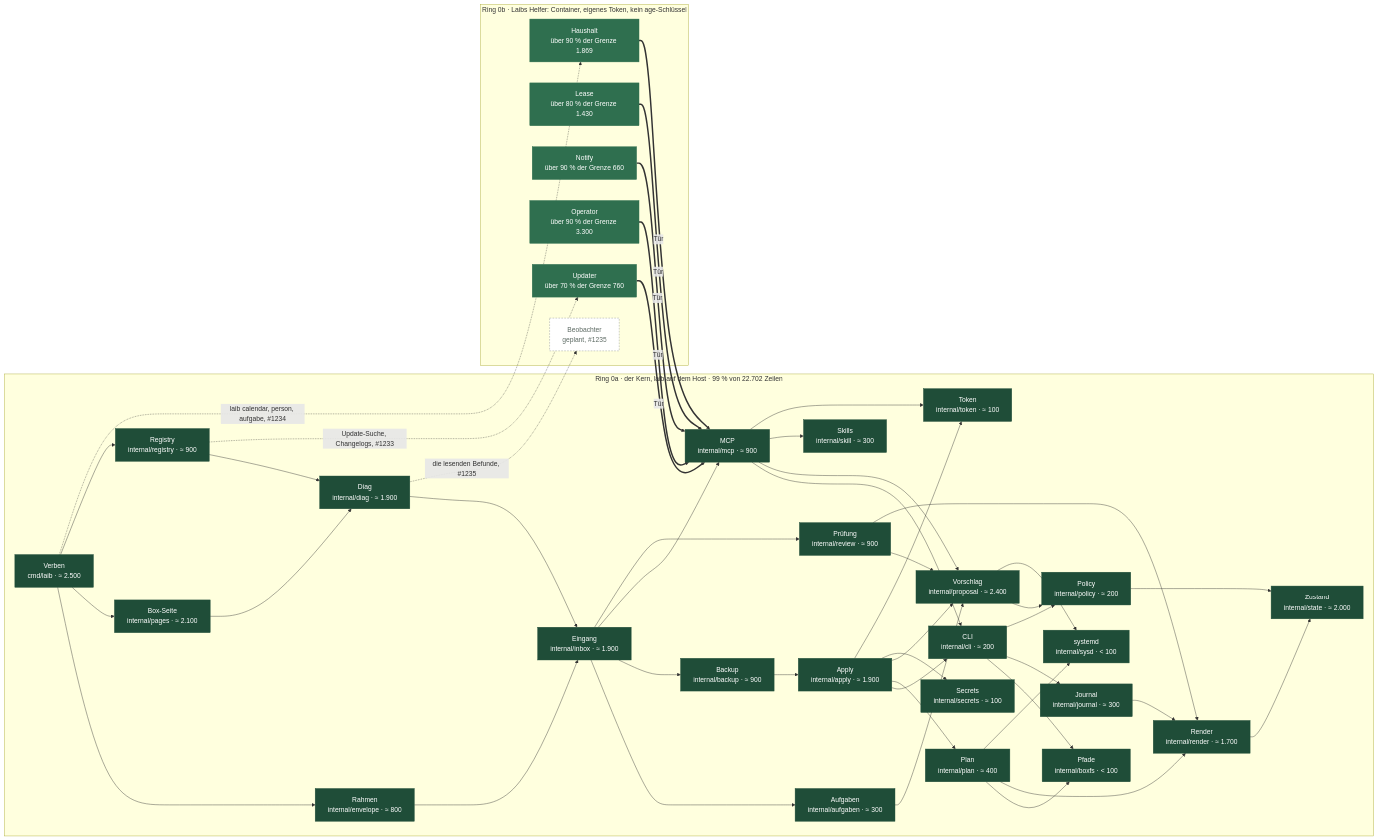
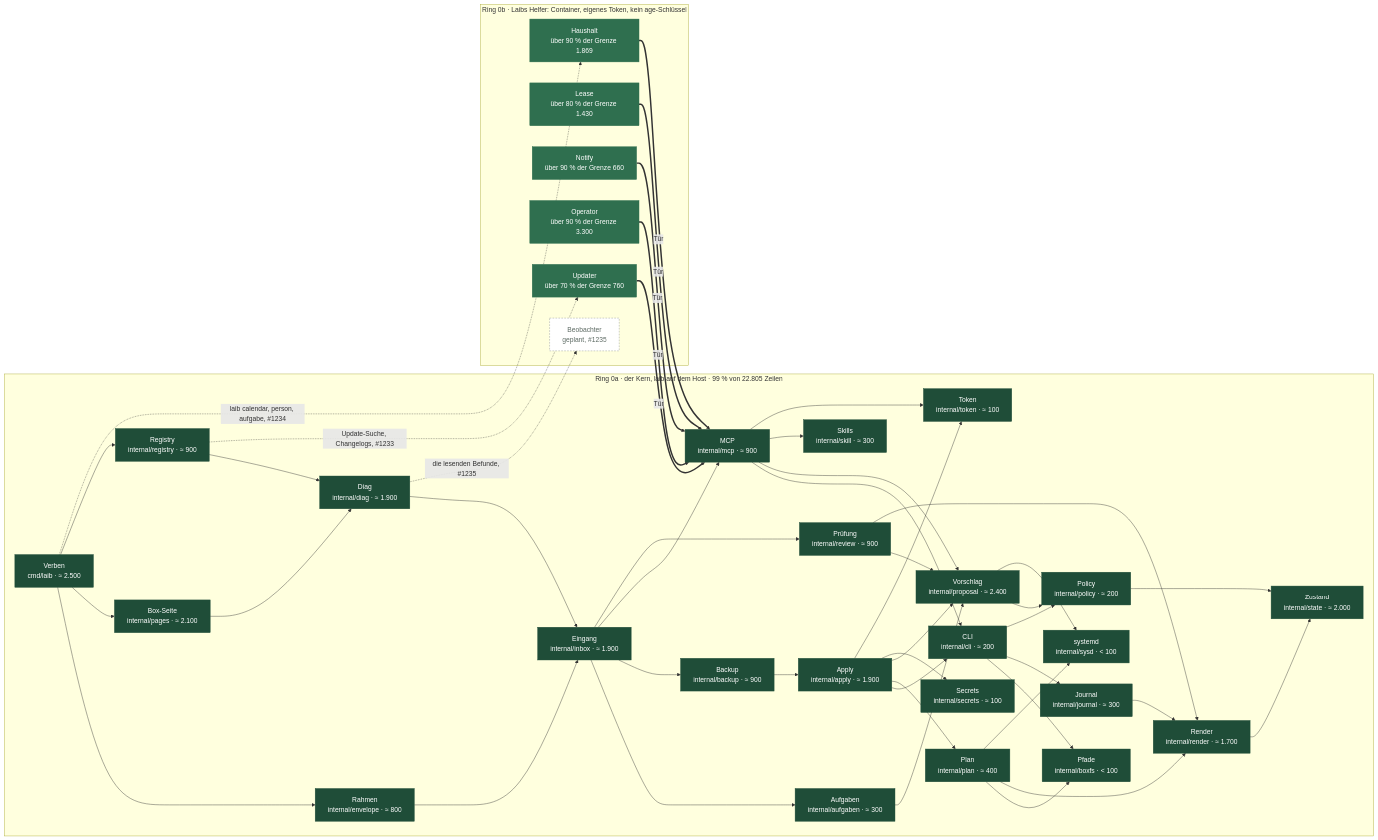
One commit to mdopp/laib changed the fourth of 5 diagrams in docs/C4.md. Above: the diagram before and after it, drawn with Mermaid. The commit also changed 57 other files, not shown here.

```diff
--- a/docs/C4.md
+++ b/docs/C4.md
@@ -238,7 +238,7 @@
   classDef s1 fill:#e2efe7,stroke:#2f6f4f,color:#1c1f1d
   classDef s2 fill:#cfe3d6,stroke:#2f6f4f,color:#1c1f1d
   classDef plan fill:#fff,stroke:#8a918c,color:#5d6a63,stroke-dasharray:4 3
-  subgraph r0a["Ring 0a · der Kern, laib auf dem Host · 99 % von 22.702 Zeilen"]
+  subgraph r0a["Ring 0a · der Kern, laib auf dem Host · 99 % von 22.805 Zeilen"]
     k_cmd_laib["Verben<br/>cmd/laib · ≈ 2.500"]:::kern
     k_internal_apply["Apply<br/>internal/apply · ≈ 1.900"]:::kern
     k_internal_aufgaben["Aufgaben<br/>internal/aufgaben · ≈ 300"]:::kern
```
